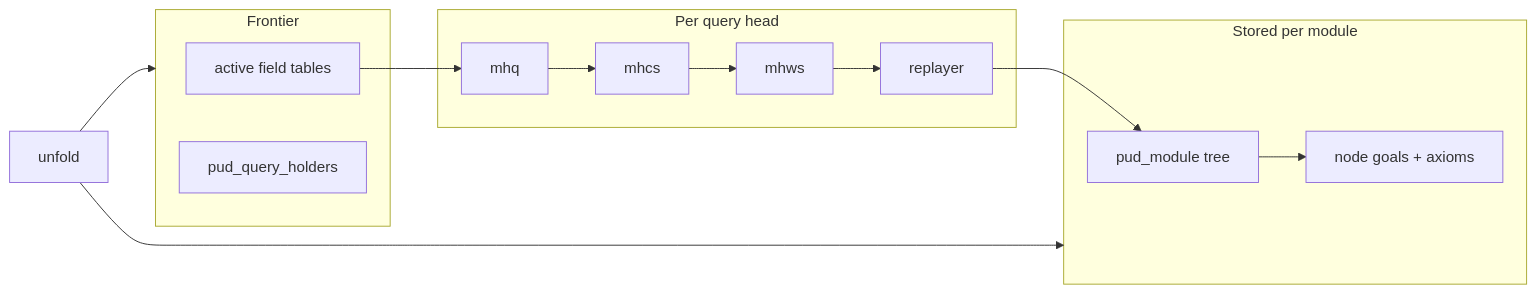
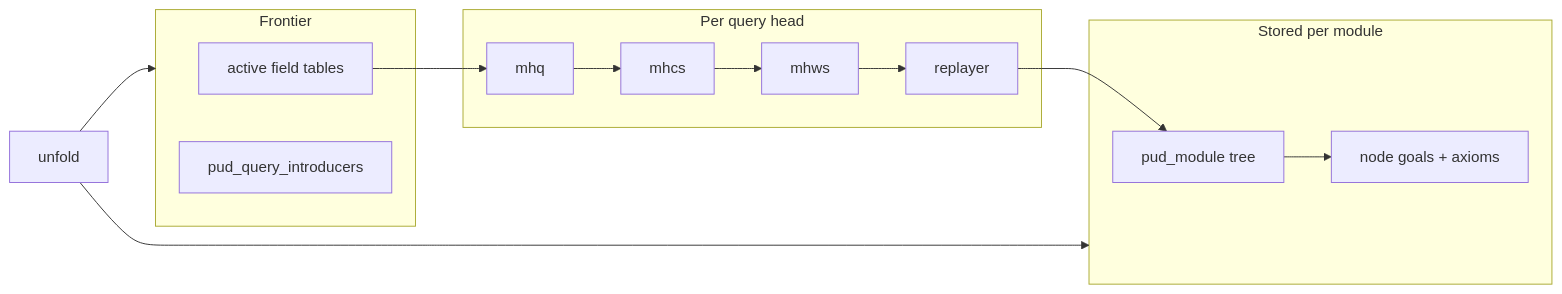
One commit to team-affix/atlas changed the first of 5 diagrams in docs/pud-architecture.md. Above: the diagram before and after it, drawn with Mermaid. The commit also changed other lines of this file and 29 other files, not shown here.

````diff
--- a/docs/pud-architecture.md
+++ b/docs/pud-architecture.md
@@ -13,23 +13,23 @@
 ```mermaid
 flowchart LR
   subgraph stored [Stored per module]
     T[pud_module tree]
     NG[node goals + axioms]
   end
   subgraph live [Frontier]
     AS[active field tables]
-    QH[pud_query_holders]
+    QI[pud_query_introducers]
   end
   subgraph search [Per query head]
     MHQ[mhq]
     MHCS[mhcs]
     MHWS[mhws]
     RP[replayer]
   end
   T --> NG
   AS --> MHQ
   MHQ --> MHCS --> MHWS --> RP
   RP --> T
   unfold --> live
   unfold --> stored
 ```
````
